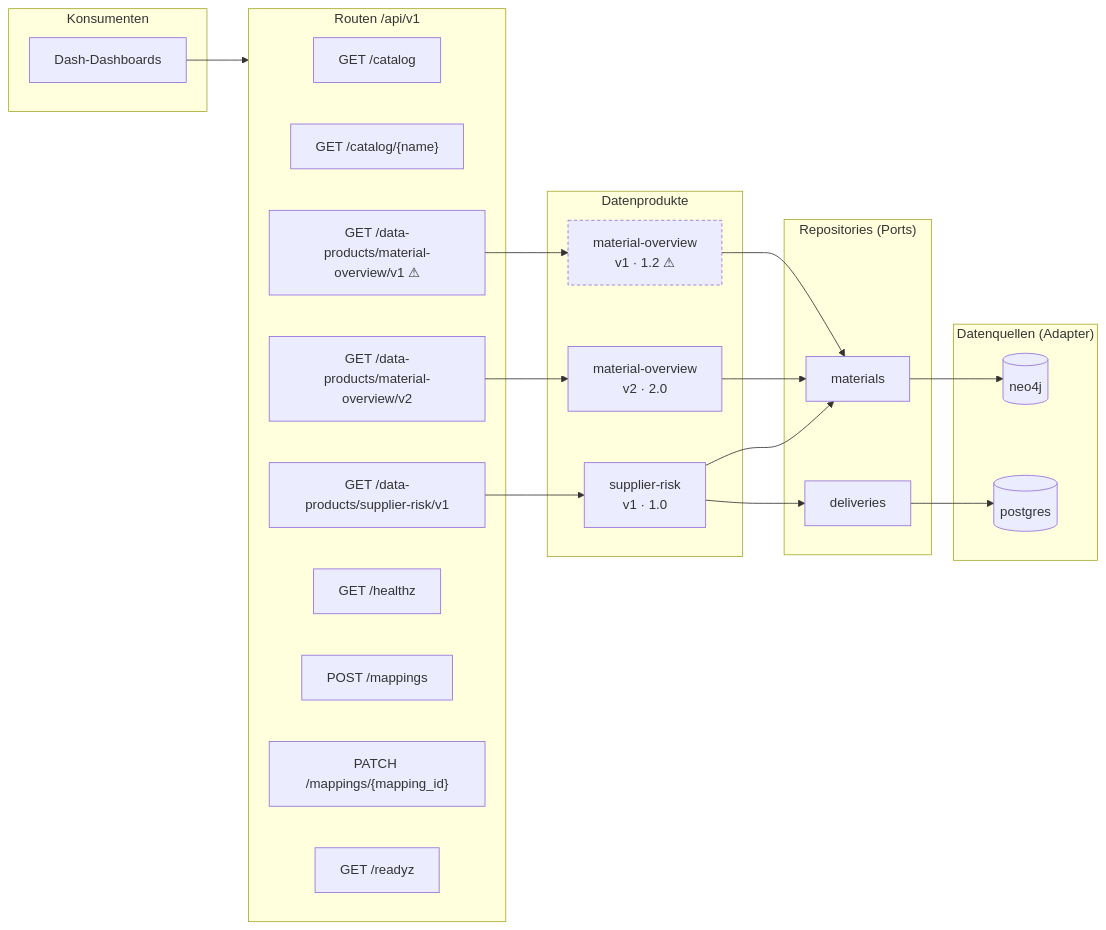
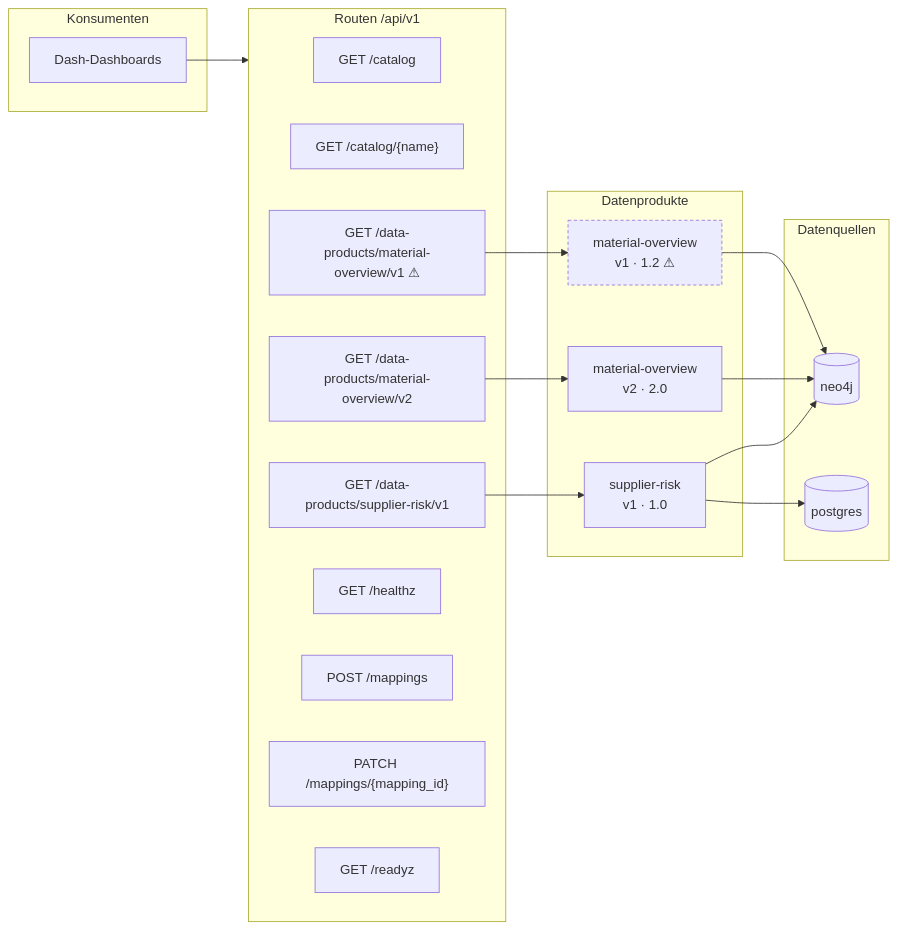
The first of 3 diagrams in docs/architecture.md (PlongoDongo/material_management_dashboard), drawn with Mermaid before and after one commit. The commit also changed other lines of this file and 29 other files, not shown here.

````diff
--- a/docs/architecture.md
+++ b/docs/architecture.md
@@ -14,48 +15,41 @@
 ```mermaid
 flowchart LR
   subgraph clients["Konsumenten"]
     dash["Dash-Dashboards"]
   end
 
   subgraph routes["Routen /api/v1"]
     r__api_v1_catalog["GET /catalog"]
     r__api_v1_catalog__name_["GET /catalog/{name}"]
     r__api_v1_data_products_material_overview_v1["GET /data-products/material-overview/v1 ⚠"]
     r__api_v1_data_products_material_overview_v2["GET /data-products/material-overview/v2"]
     r__api_v1_data_products_supplier_risk_v1["GET /data-products/supplier-risk/v1"]
     r__api_v1_healthz["GET /healthz"]
     r__api_v1_mappings["POST /mappings"]
     r__api_v1_mappings__mapping_id_["PATCH /mappings/{mapping_id}"]
     r__api_v1_readyz["GET /readyz"]
   end
 
   subgraph products["Datenprodukte"]
     p_material_overview_1["material-overview<br/>v1 · 1.2 ⚠"]
     p_material_overview_2["material-overview<br/>v2 · 2.0"]
     p_supplier_risk_1["supplier-risk<br/>v1 · 1.0"]
   end
 
-  subgraph repos["Repositories (Ports)"]
-    repo_deliveries["deliveries"]
-    repo_materials["materials"]
-  end
-
-  subgraph sources["Datenquellen (Adapter)"]
+  subgraph sources["Datenquellen"]
     src_neo4j[("neo4j")]
     src_postgres[("postgres")]
   end
 
   dash --> routes
   r__api_v1_data_products_material_overview_v1 --> p_material_overview_1
   r__api_v1_data_products_material_overview_v2 --> p_material_overview_2
   r__api_v1_data_products_supplier_risk_v1 --> p_supplier_risk_1
-  p_material_overview_1 --> repo_materials
-  p_material_overview_2 --> repo_materials
-  p_supplier_risk_1 --> repo_deliveries
-  p_supplier_risk_1 --> repo_materials
-  repo_deliveries --> src_postgres
-  repo_materials --> src_neo4j
+  p_material_overview_1 --> src_neo4j
+  p_material_overview_2 --> src_neo4j
+  p_supplier_risk_1 --> src_neo4j
+  p_supplier_risk_1 --> src_postgres
 
   classDef deprecated stroke-dasharray: 4 3;
   class p_material_overview_1 deprecated;
 ```
````
